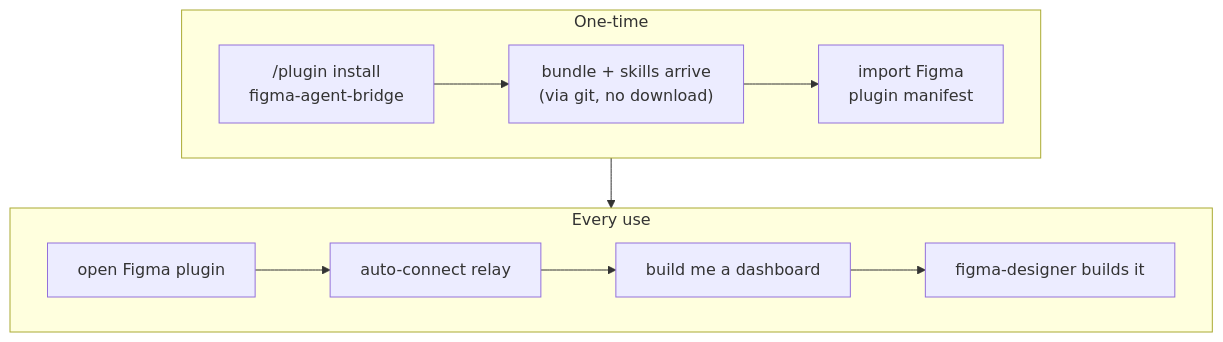
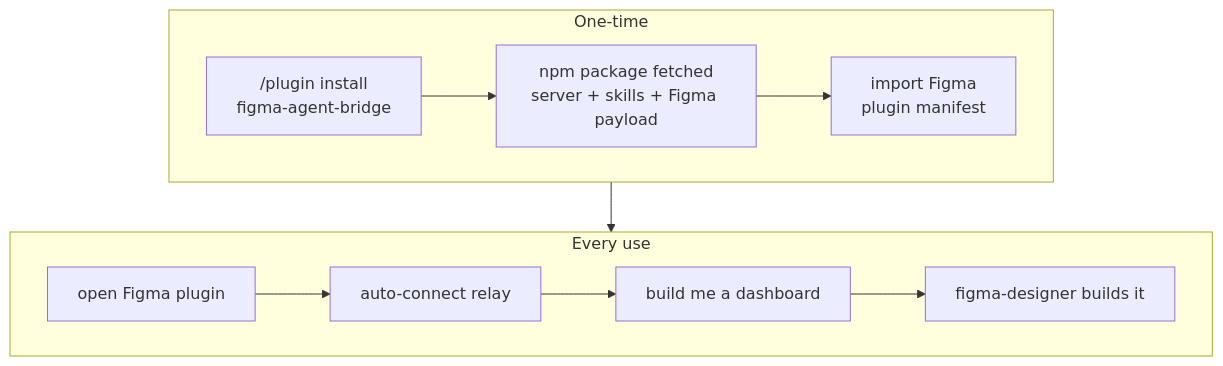
Before and after one commit to yleilu/figma-agent-bridge: the diagram in docs/specs/claude-plugin.md, drawn with Mermaid. The commit also changed other lines of this file and 41 other files, not shown here.

````diff
--- a/docs/specs/claude-plugin.md
+++ b/docs/specs/claude-plugin.md
@@ -47,15 +53,15 @@
 ```mermaid
 flowchart TB
     subgraph Once["One-time"]
         direction LR
-        A["/plugin install<br/>figma-agent-bridge"] --> B["bundle + skills arrive<br/>(via git, no download)"]
+        A["/plugin install<br/>figma-agent-bridge"] --> B["npm package fetched<br/>server + skills + Figma payload"]
         B --> C["import Figma<br/>plugin manifest"]
     end
     subgraph Every["Every use"]
         direction LR
         D["open Figma plugin"] --> E["auto-connect relay"]
         E --> F["build me a dashboard"]
         F --> G["figma-designer builds it"]
     end
     Once --> Every
 ```
````
